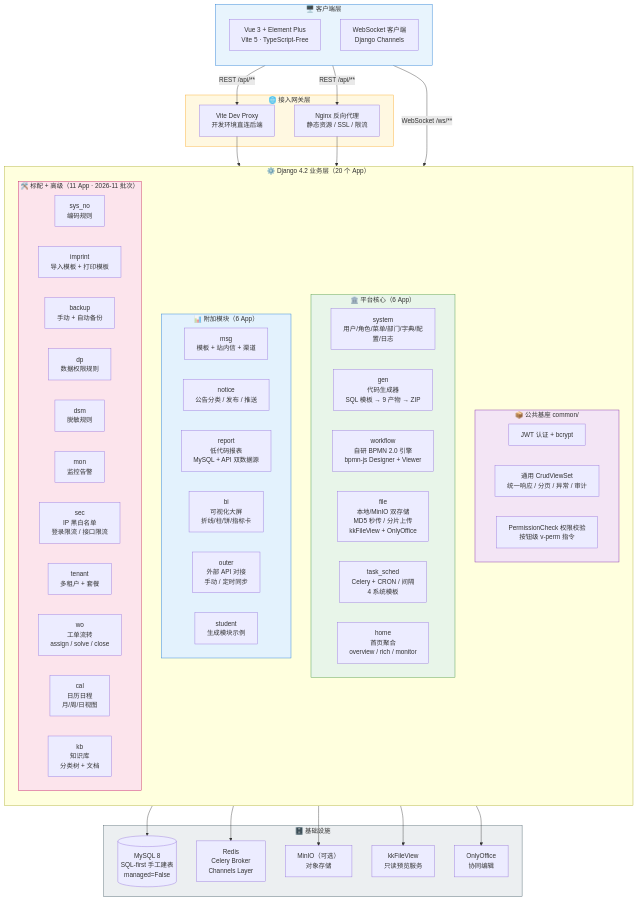
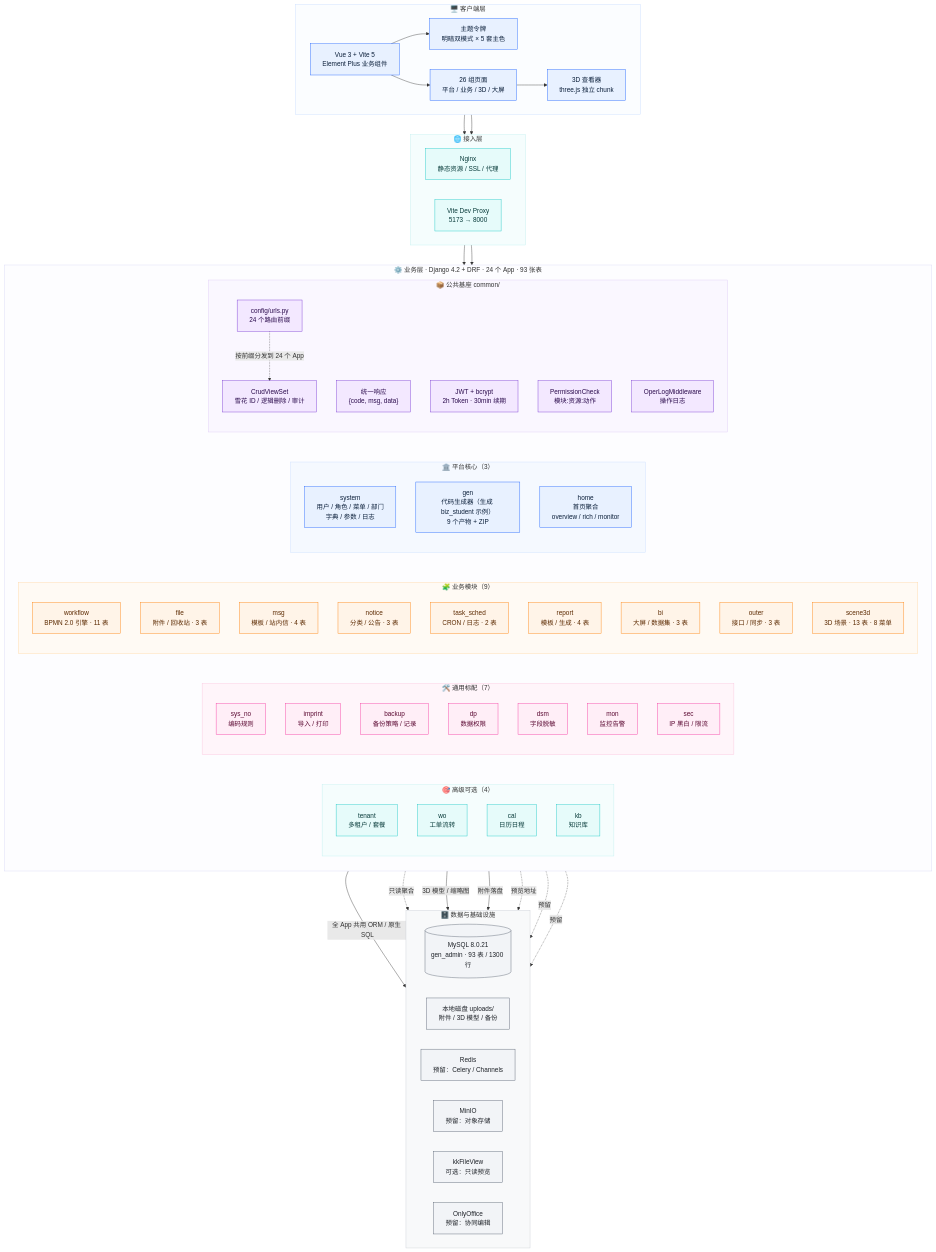
Before and after one commit to zlj317/django-base-admin: the first of 2 diagrams in README.md, drawn with Mermaid. The commit also changed other lines of this file and 15 other files, not shown here.

````diff
--- a/README.md
+++ b/README.md
@@ -29,82 +29,128 @@
 ```mermaid
 flowchart TB
     subgraph Client["🖥️ 客户端层"]
-        direction TB
-        FE["Vue 3 + Element Plus<br/>Vite 5 · TypeScript-Free"]
-        WS["WebSocket 客户端<br/>Django Channels"]
+        direction LR
+        FE["Vue 3 + Vite 5<br/>Element Plus 业务组件"]
+        THEME["主题令牌<br/>明暗双模式 × 5 套主色"]
+        PAGES["26 组页面<br/>平台 / 业务 / 3D / 大屏"]
+        VIEWER["3D 查看器<br/>three.js 独立 chunk"]
     end
 
-    subgraph Gateway["🌐 接入网关层"]
-        Nginx["Nginx 反向代理<br/>静态资源 / SSL / 限流"]
-        ViteProxy["Vite Dev Proxy<br/>开发环境直连后端"]
+    subgraph Gateway["🌐 接入层"]
+        direction LR
+        NGINX["Nginx<br/>静态资源 / SSL / 代理"]
+        VITE["Vite Dev Proxy<br/>5173 → 8000"]
     end
 
-    subgraph Backend["⚙️ Django 4.2 业务层（20 个 App）"]
+    subgraph Backend["⚙️ 业务层 · Django 4.2 + DRF · 24 个 App · 93 张表"]
         direction TB
-
         subgraph Common["📦 公共基座 common/"]
-            JWT["JWT 认证 + bcrypt"]
-            Crud["通用 CrudViewSet<br/>统一响应 / 分页 / 异常 / 审计"]
-            RBAC["PermissionCheck 权限校验<br/>按钮级 v-perm 指令"]
+            direction TB
+            ROUTER["config/urls.py<br/>24 个路由前缀"]
+            RESP["统一响应<br/>{code, msg, data}"]
+            JWT["JWT + bcrypt<br/>2h Token · 30min 续期"]
+            RBAC["PermissionCheck<br/>模块:资源:动作"]
+            CRUD["CrudViewSet<br/>雪花 ID / 逻辑删除 / 审计"]
+            LOG["OperLogMiddleware<br/>操作日志"]
         end
 
-        subgraph Core["🏛️ 平台核心（6 App）"]
-            Sys["system<br/>用户/角色/菜单/部门/字典/配置/日志"]
-            Gen["gen<br/>代码生成器<br/>SQL 模板 → 9 产物 → ZIP"]
-            WF["workflow<br/>自研 BPMN 2.0 引擎<br/>bpmn-js Designer + Viewer"]
-            File["file<br/>本地/MinIO 双存储<br/>MD5 秒传 / 分片上传<br/>kkFileView + OnlyOffice"]
-            Task["task_sched<br/>Celery + CRON / 间隔<br/>4 系统模板"]
-            Home["home<br/>首页聚合<br/>overview / rich / monitor"]
+        subgraph Core["🏛️ 平台核心（3）"]
+            direction TB
+            SYS["system<br/>用户 / 角色 / 菜单 / 部门<br/>字典 / 参数 / 日志"]
+            GEN["gen<br/>代码生成器（生成 biz_student 示例）<br/>9 个产物 + ZIP"]
+            HOME["home<br/>首页聚合<br/>overview / rich / monitor"]
         end
 
-        subgraph BizOld["📊 附加模块（6 App）"]
-            Msg["msg<br/>模板 + 站内信 + 渠道"]
-            Notice["notice<br/>公告分类 / 发布 / 推送"]
-            Report["report<br/>低代码报表<br/>MySQL + API 双数据源"]
-            BI["bi<br/>可视化大屏<br/>折线/柱/饼/指标卡"]
-            Outer["outer<br/>外部 API 对接<br/>手动 / 定时同步"]
-            Student["student<br/>生成模块示例"]
+        subgraph Biz["🧩 业务模块（9）"]
+            direction TB
+            WF["workflow<br/>BPMN 2.0 引擎 · 11 表"]
+            FILE["file<br/>附件 / 回收站 · 3 表"]
+            MSG["msg<br/>模板 / 站内信 · 4 表"]
+            NOTICE["notice<br/>分类 / 公告 · 3 表"]
+            TASK["task_sched<br/>CRON / 日志 · 2 表"]
+            REPORT["report<br/>模板 / 生成 · 4 表"]
+            BI["bi<br/>大屏 / 数据集 · 3 表"]
+            OUTER["outer<br/>接口 / 同步 · 3 表"]
+            SCENE["scene3d<br/>3D 场景 · 13 表 · 8 菜单"]
         end
 
-        subgraph BizNew["🛠️ 标配 + 高级（11 App · 2026-11 批次）"]
-            SysNo["sys_no<br/>编码规则"]
-            Imprint["imprint<br/>导入模板 + 打印模板"]
-            Backup["backup<br/>手动 + 自动备份"]
-            DP["dp<br/>数据权限规则"]
-            DSM["dsm<br/>脱敏规则"]
-            Mon["mon<br/>监控告警"]
-            Sec["sec<br/>IP 黑白名单<br/>登录限流 / 接口限流"]
-            Tenant["tenant<br/>多租户 + 套餐"]
-            WO["wo<br/>工单流转<br/>assign / solve / close"]
-            Cal["cal<br/>日历日程<br/>月/周/日视图"]
-            KB["kb<br/>知识库<br/>分类树 + 文档"]
+        subgraph Std["🛠️ 通用标配（7）"]
+            direction TB
+            NO["sys_no<br/>编码规则"]
+            IMPRINT["imprint<br/>导入 / 打印"]
+            BACKUP["backup<br/>备份策略 / 记录"]
+            DP["dp<br/>数据权限"]
+            DSM["dsm<br/>字段脱敏"]
+            MON["mon<br/>监控告警"]
+            SEC["sec<br/>IP 黑白 / 限流"]
+        end
+
+        subgraph Adv["🎯 高级可选（4）"]
+            direction TB
+            TENANT["tenant<br/>多租户 / 套餐"]
+            WO["wo<br/>工单流转"]
+            CAL["cal<br/>日历日程"]
+            KB["kb<br/>知识库"]
         end
     end
 
-    subgraph Infra["🗄️ 基础设施"]
-        MySQL[("MySQL 8<br/>SQL-first 手工建表<br/>managed=False")]
-        Redis["Redis<br/>Celery Broker<br/>Channels Layer"]
-        MinIO["MinIO（可选）<br/>对象存储"]
-        KKFile["kkFileView<br/>只读预览服务"]
-        OnlyOffice["OnlyOffice<br/>协同编辑"]
+    subgraph Infra["🗄️ 数据与基础设施"]
+        direction LR
+        MYSQL[("MySQL 8.0.21<br/>gen_admin · 93 表 / 1300 行")]
+        DISK["本地磁盘 uploads/<br/>附件 / 3D 模型 / 备份"]
+        REDIS["Redis<br/>预留：Celery / Channels"]
+        MINIO["MinIO<br/>预留：对象存储"]
+        KK["kkFileView<br/>可选：只读预览"]
+        OO["OnlyOffice<br/>预留：协同编辑"]
     end
 
-    FE -->|REST /api/**| Nginx
-    FE -->|REST /api/**| ViteProxy
-    ViteProxy --> Backend
-    Nginx --> Backend
-    Backend --> MySQL
-    Backend --> Redis
-    Backend --> MinIO
-    Backend --> KKFile
-    Backend --> OnlyOffice
-    WS -->|WebSocket /ws/**| Backend
+    ROUTER ~~~ SYS
+    SYS ~~~ WF
+    WF ~~~ NO
+    NO ~~~ TENANT
+    TENANT ~~~ MYSQL
 
-    style Client fill:#e8f4fd,stroke:#1976d2
-    style Gateway fill:#fff8e1,stroke:#f9a825
-    style Common fill:#f3e5f5,stroke:#7b1fa2
-    style Core fill:#e8f5e9,stroke:#388e3c
-    style BizOld fill:#e3f2fd,stroke:#1976d2
-    style BizNew fill:#fce4ec,stroke:#c2185b
-    style Infra fill:#eceff1,stroke:#455a64
+    FE --> THEME
+    FE --> PAGES
+    PAGES --> VIEWER
+    PAGES --> NGINX
+    PAGES --> VITE
+    NGINX --> ROUTER
+    VITE --> ROUTER
+    ROUTER -.->|"按前缀分发到 24 个 App"| CRUD
+    CRUD -->|"全 App 共用 ORM / 原生 SQL"| MYSQL
+    HOME -.->|"只读聚合"| MYSQL
+    SCENE -->|"3D 模型 / 缩略图"| DISK
+    FILE -->|"附件落盘"| DISK
+    FILE -.->|"预览地址"| KK
+    FILE -.->|"预留"| MINIO
+    FILE -.->|"预留"| OO
+
+    classDef client fill:#e8f1ff,stroke:#165dff,color:#0b1f3a
+    classDef gateway fill:#e6fbfa,stroke:#0fc6c2,color:#083b3a
+    classDef common fill:#f3e8ff,stroke:#722ed1,color:#2b0b4d
+    classDef core fill:#e8f1ff,stroke:#165dff,color:#0b1f3a
+    classDef biz fill:#fff4e8,stroke:#ff7d00,color:#5c2a00
+    classDef std fill:#ffeef7,stroke:#f5319d,color:#5c0a33
+    classDef adv fill:#e6fbfa,stroke:#0fc6c2,color:#083b3a
+    classDef infra fill:#f2f4f7,stroke:#4e5969,color:#1f2329
+
+    class FE,THEME,PAGES,VIEWER client
+    class NGINX,VITE gateway
+    class ROUTER,RESP,JWT,RBAC,CRUD,LOG common
+    class SYS,GEN,HOME core
+    class WF,FILE,MSG,NOTICE,TASK,REPORT,BI,OUTER,SCENE biz
+    class NO,IMPRINT,BACKUP,DP,DSM,MON,SEC std
+    class TENANT,WO,CAL,KB adv
+    class MYSQL,DISK,REDIS,MINIO,KK,OO infra
+
+    style Client fill:#fbfdff,stroke:#c9ddff
+    style Gateway fill:#f5fdfd,stroke:#bdeeee
+    style Backend fill:#fdfdff,stroke:#d6d6f5
+    style Common fill:#faf7ff,stroke:#dcc7f5
+    style Core fill:#f5f9ff,stroke:#c9ddff
+    style Biz fill:#fffaf4,stroke:#ffd6a3
+    style Std fill:#fff5fa,stroke:#f9c3dd
+    style Adv fill:#f5fdfd,stroke:#bdeeee
+    style Infra fill:#f8f9fa,stroke:#c9cdd4
 ```
````
